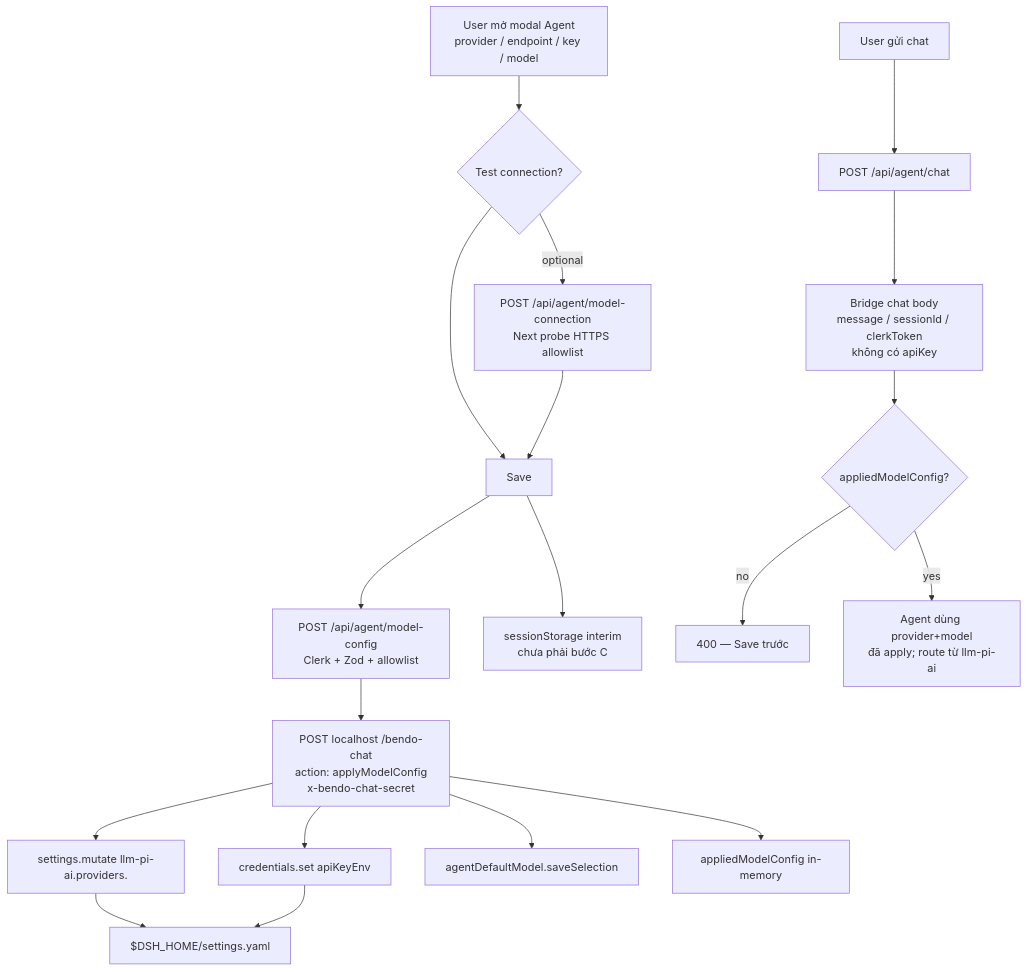
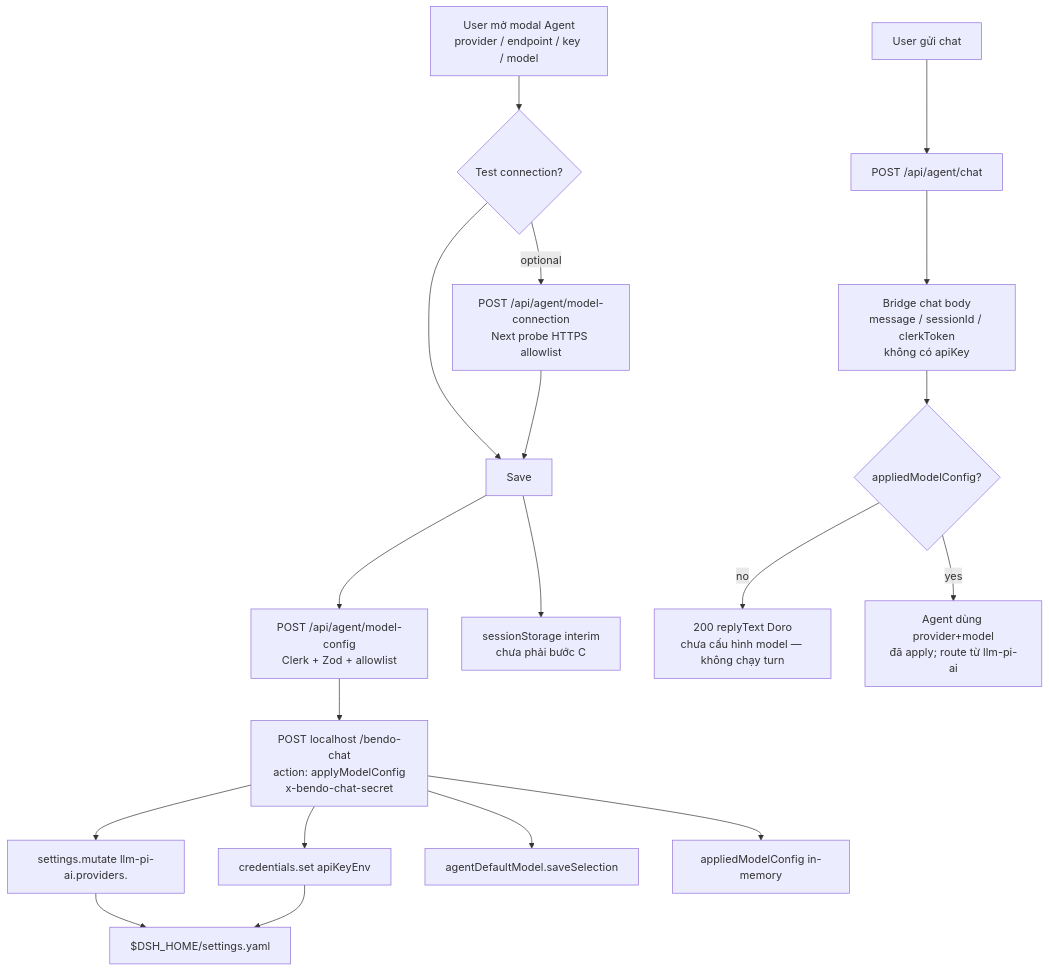
Before and after one commit to benguinsan/bendo: the diagram in docs/agent-model-dynamic-route-ab.md, drawn with Mermaid. The commit also changed other lines of this file and 15 other files, not shown here.

````diff
--- a/docs/agent-model-dynamic-route-ab.md
+++ b/docs/agent-model-dynamic-route-ab.md
@@ -35,26 +36,26 @@
 ```mermaid
 flowchart TD
   U[User mở modal Agent<br/>provider / endpoint / key / model] --> T{Test connection?}
   T -->|optional| P[POST /api/agent/model-connection<br/>Next probe HTTPS allowlist]
   T --> S[Save]
   P --> S
 
   S --> N[POST /api/agent/model-config<br/>Clerk + Zod + allowlist]
   N --> B[POST localhost /bendo-chat<br/>action: applyModelConfig<br/>x-bendo-chat-secret]
 
   B --> C1[credentials.set apiKeyEnv]
   B --> C2[settings.mutate llm-pi-ai.providers.<route>]
   B --> C3[agentDefaultModel.saveSelection]
   B --> C4[appliedModelConfig in-memory]
 
   C2 --> Y[$DSH_HOME/settings.yaml]
   C1 --> Y
 
   S --> SS[sessionStorage interim<br/>chưa phải bước C]
 
   Chat[User gửi chat] --> AC[POST /api/agent/chat]
   AC --> BR[Bridge chat body<br/>message / sessionId / clerkToken<br/>không có apiKey]
   BR --> G{appliedModelConfig?}
-  G -->|no| E400[400 — Save trước]
+  G -->|no| Soft[200 replyText Doro<br/>chưa cấu hình model — không chạy turn]
   G -->|yes| AG[Agent dùng provider+model<br/>đã apply; route từ llm-pi-ai]
 ```
````
